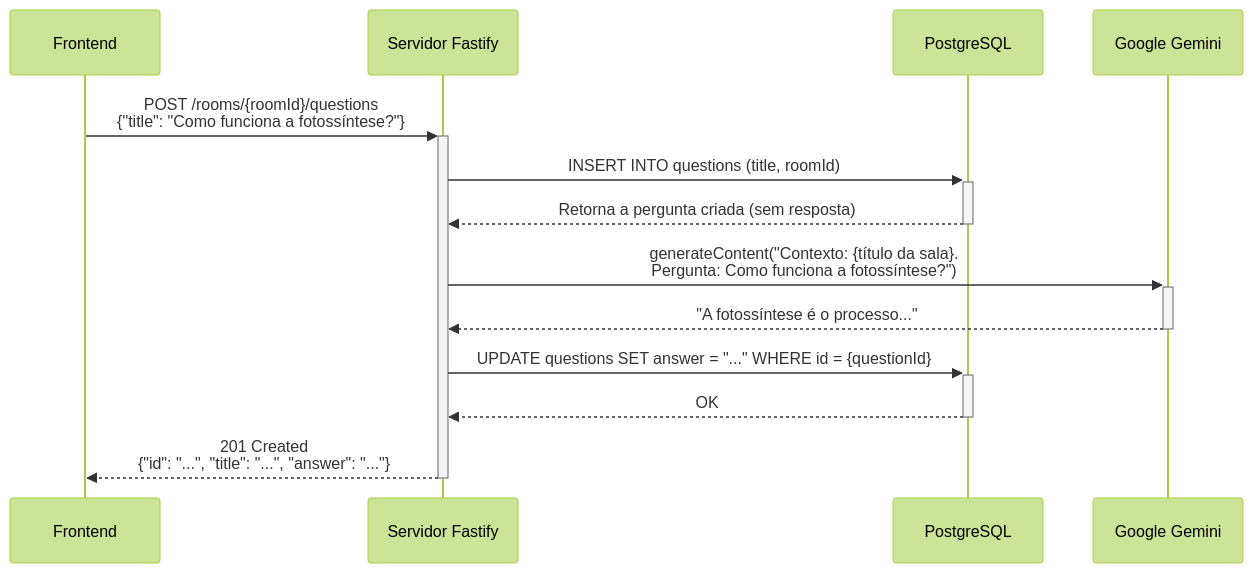
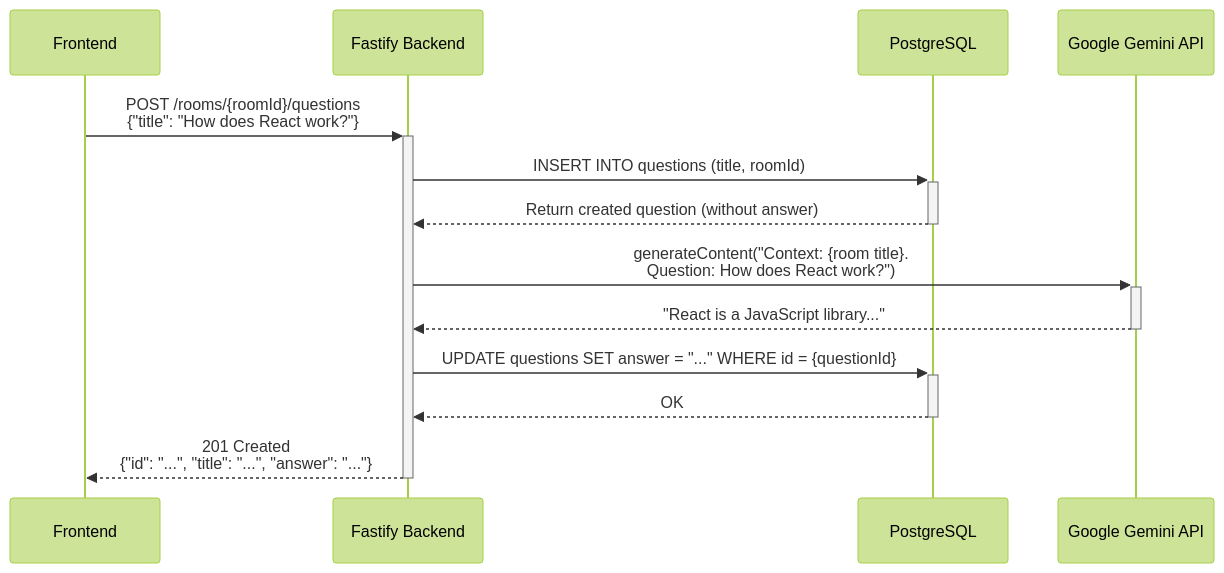
One commit to patrick-cuppi/live-streaming-backend changed the diagram in README.md. Above: the diagram before and after it, drawn with Mermaid (forest theme). The commit also changed other lines of this file, not shown here.

````diff
--- a/README.md
+++ b/README.md
@@ -41,16 +46,16 @@
 ```mermaid
 sequenceDiagram
-    participant Frontend
-    participant Backend as Servidor Fastify
-    participant Database as PostgreSQL
-    participant AI as Google Gemini
+    participant F as Frontend
+    participant B as Fastify Backend
+    participant DB as PostgreSQL
+    participant AI as Google Gemini API
 
-    Frontend->>+Backend: POST /rooms/{roomId}/questions<br>{"title": "Como funciona a fotossíntese?"}
-    Backend->>+Database: INSERT INTO questions (title, roomId)
-    Database-->>-Backend: Retorna a pergunta criada (sem resposta)
-    Backend->>+AI: generateContent("Contexto: {título da sala}.<br>Pergunta: Como funciona a fotossíntese?")
-    AI-->>-Backend: "A fotossíntese é o processo..."
-    Backend->>+Database: UPDATE questions SET answer = "..." WHERE id = {questionId}
-    Database-->>-Backend: OK
-    Backend-->>-Frontend: 201 Created<br>{"id": "...", "title": "...", "answer": "..."}
+    F->>+B: POST /rooms/{roomId}/questions<br>{"title": "How does React work?"}
+    B->>+DB: INSERT INTO questions (title, roomId)
+    DB-->>-B: Return created question (without answer)
+    B->>+AI: generateContent("Context: {room title}.<br>Question: How does React work?")
+    AI-->>-B: "React is a JavaScript library..."
+    B->>+DB: UPDATE questions SET answer = "..." WHERE id = {questionId}
+    DB-->>-B: OK
+    B-->>-F: 201 Created<br>{"id": "...", "title": "...", "answer": "..."}
 ```
````
